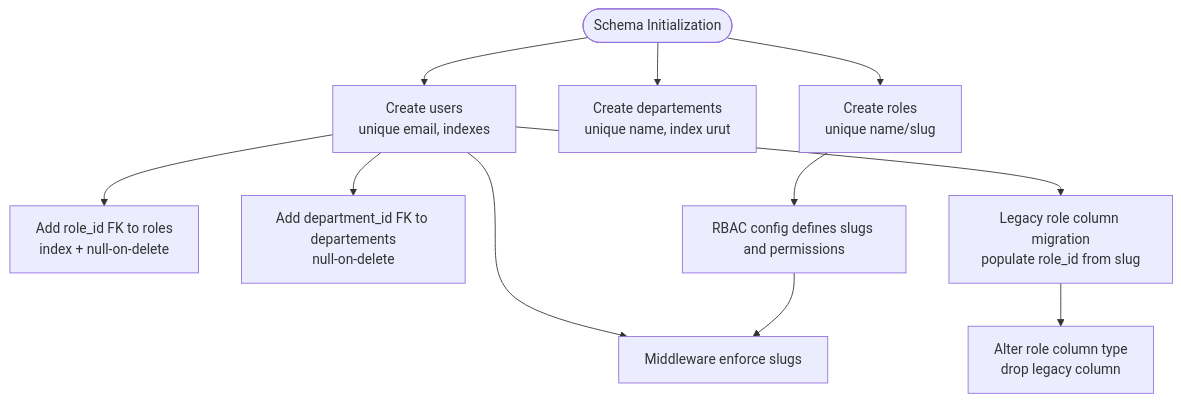
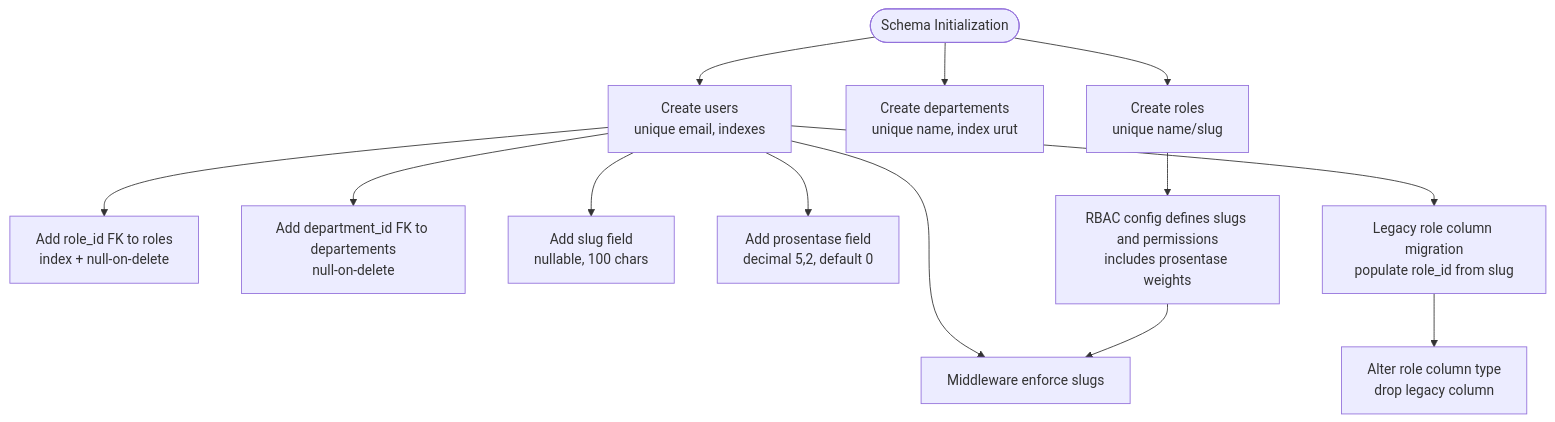
Before and after one commit to rudicatsmile/assesment360: the seventh of 7 diagrams in .qoder/repowiki/en/content/Data Models & Database Schema/Core Entities.md, drawn with Mermaid. The commit also changed other lines of this file and 10 other files, not shown here.

First line of the commit message:
feat(auth): enhance user model with slug and prosentase fields

````diff
--- a/.qoder/repowiki/en/content/Data Models & Database Schema/Core Entities.md
+++ b/.qoder/repowiki/en/content/Data Models & Database Schema/Core Entities.md
@@ -363,13 +410,15 @@
 ```mermaid
 flowchart TD
 Start(["Schema Initialization"]) --> Roles["Create roles<br/>unique name/slug"]
 Start --> Depts["Create departements<br/>unique name, index urut"]
 Start --> Users["Create users<br/>unique email, indexes"]
 Users --> FK_Role["Add role_id FK to roles<br/>index + null-on-delete"]
 Users --> FK_Dept["Add department_id FK to departements<br/>null-on-delete"]
+Users --> SlugField["Add slug field<br/>nullable, 100 chars"]
+Users --> ProsentaseField["Add prosentase field<br/>decimal 5,2, default 0"]
 Users --> Legacy["Legacy role column migration<br/>populate role_id from slug"]
 Legacy --> DropLegacy["Alter role column type<br/>drop legacy column"]
-Roles --> RBAC["RBAC config defines slugs and permissions"]
+Roles --> RBAC["RBAC config defines slugs and permissions<br/>includes prosentase weights"]
 Users --> MW["Middleware enforce slugs"]
 RBAC --> MW
 ```
````
